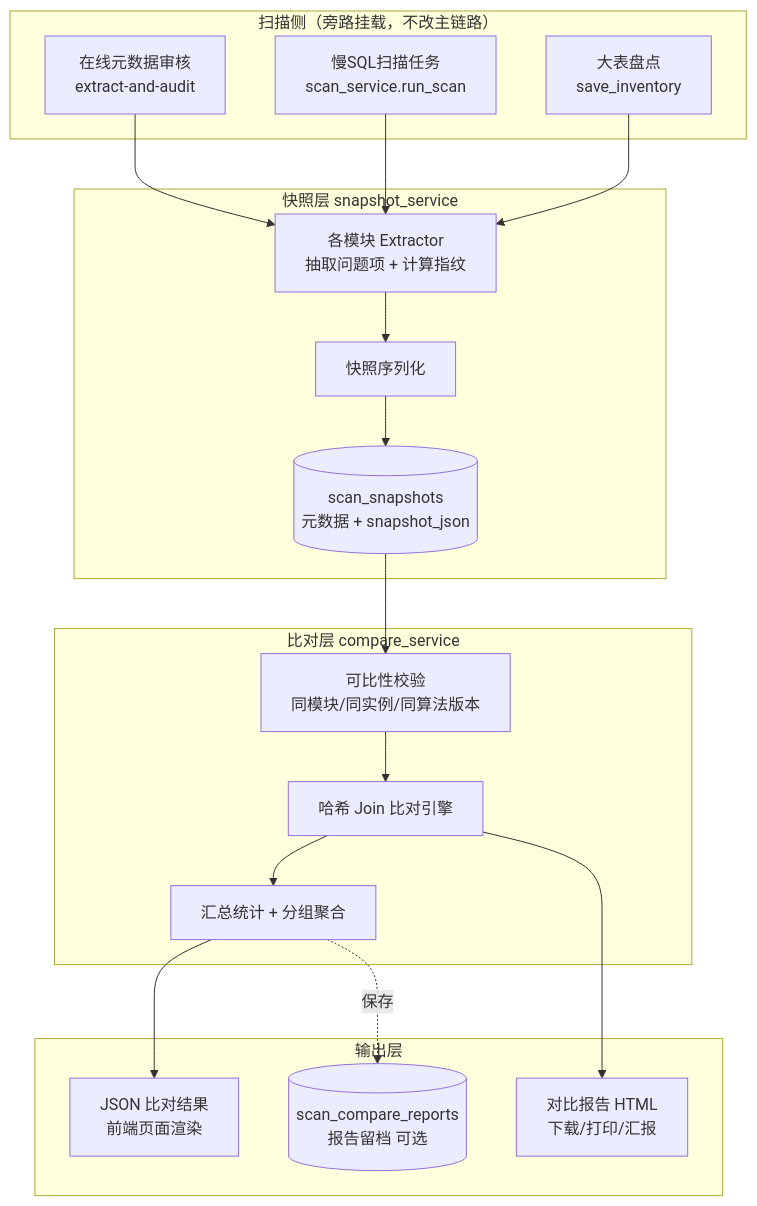
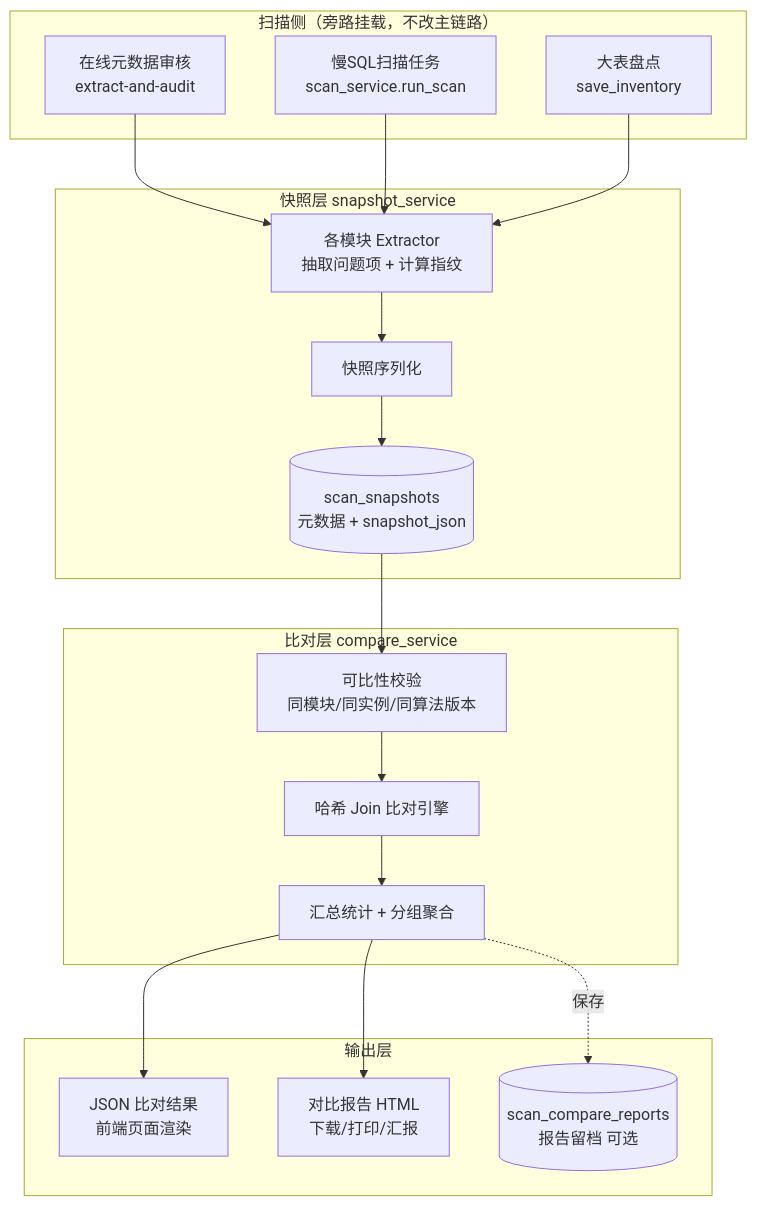
Before and after one commit to smudy-linsang/tdsql-sqlcheck: the diagram in docs/ARCHITECTURE-v1.3-扫描结果对比.md, drawn with Mermaid. The commit also changed other lines of this file and 2 other files, not shown here.

First line of the commit message:
docs(v1.3): 扫描结果对比设计文档定版 — A 审核 G/M 修改并补齐照图施工细节

````diff
--- a/docs/ARCHITECTURE-v1.3-扫描结果对比.md
+++ b/docs/ARCHITECTURE-v1.3-扫描结果对比.md
@@ -242,35 +246,35 @@
 ```mermaid
 flowchart TB
     subgraph 扫描侧["扫描侧（旁路挂载，不改主链路）"]
         A1["在线元数据审核<br/>extract-and-audit"]
         A2["慢SQL扫描任务<br/>scan_service.run_scan"]
         A3["大表盘点<br/>save_inventory"]
     end
 
     subgraph 快照层["快照层 snapshot_service"]
         B1["各模块 Extractor<br/>抽取问题项 + 计算指纹"]
         B2["快照序列化"]
         B3[("scan_snapshots<br/>元数据 + snapshot_json")]
     end
 
     subgraph 比对层["比对层 compare_service"]
         C1["可比性校验<br/>同模块/同实例/同算法版本"]
         C2["哈希 Join 比对引擎"]
         C3["汇总统计 + 分组聚合"]
     end
 
     subgraph 输出层["输出层"]
         D1["JSON 比对结果<br/>前端页面渲染"]
         D2["对比报告 HTML<br/>下载/打印/汇报"]
         D3[("scan_compare_reports<br/>报告留档 可选")]
     end
 
     A1 --> B1
     A2 --> B1
     A3 --> B1
     B1 --> B2 --> B3
     B3 --> C1 --> C2 --> C3
     C3 --> D1
-    C2 --> D2
+    C3 --> D2
     C3 -.保存.-> D3
 ```
````
